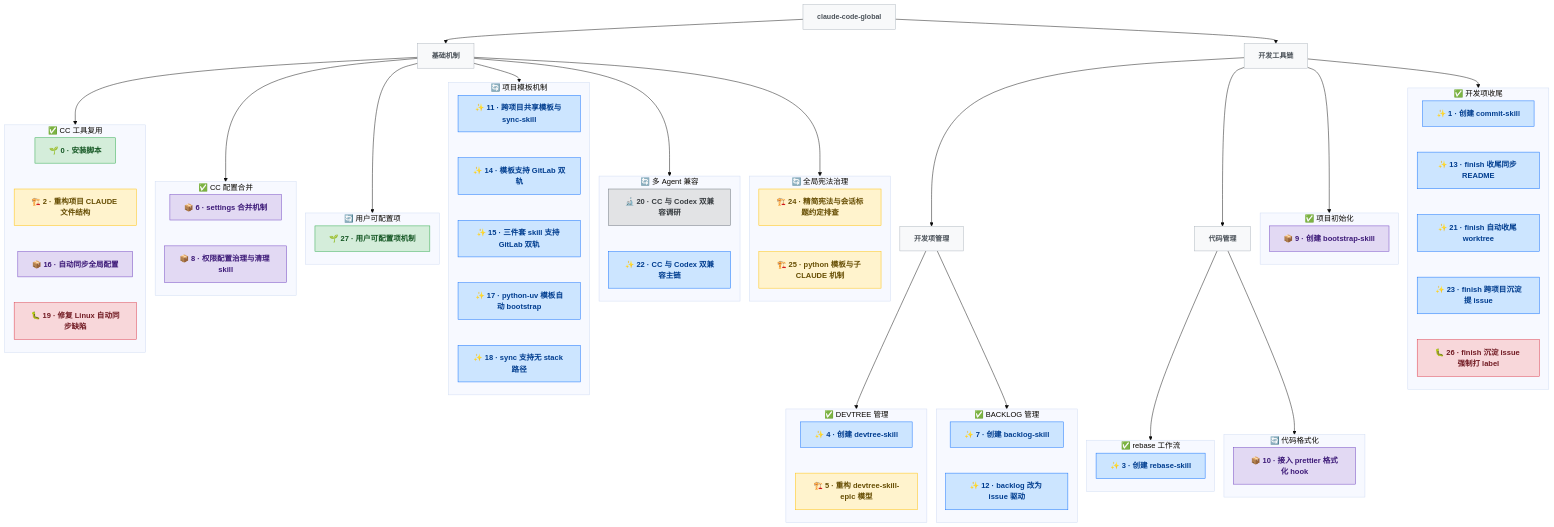
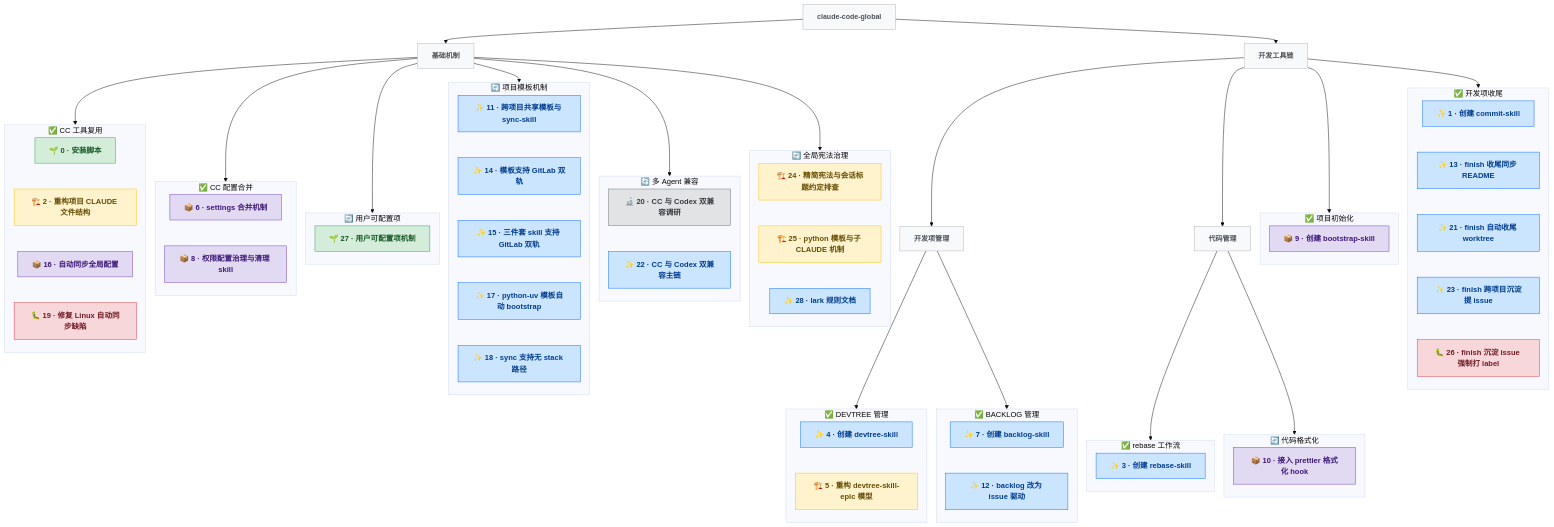
Before and after one commit to pkulijing/claude-code-global: the diagram in docs/DEVTREE.md, drawn with Mermaid (base theme). The commit also changed other lines of this file and 6 other files, not shown here.

```diff
--- a/docs/DEVTREE.md
+++ b/docs/DEVTREE.md
@@ -91,7 +91,9 @@
     direction TB
     N24["🏗️ 24 · 精简宪法与会话标题约定排查"]:::refactor
     N25["🏗️ 25 · python 模板与子 CLAUDE 机制"]:::refactor
+    N28["✨ 28 · lark 规则文档"]:::feature
     N24 ~~~ N25
+    N25 ~~~ N28
   end
 
   subgraph e_bootstrap["✅ 项目初始化"]
```
